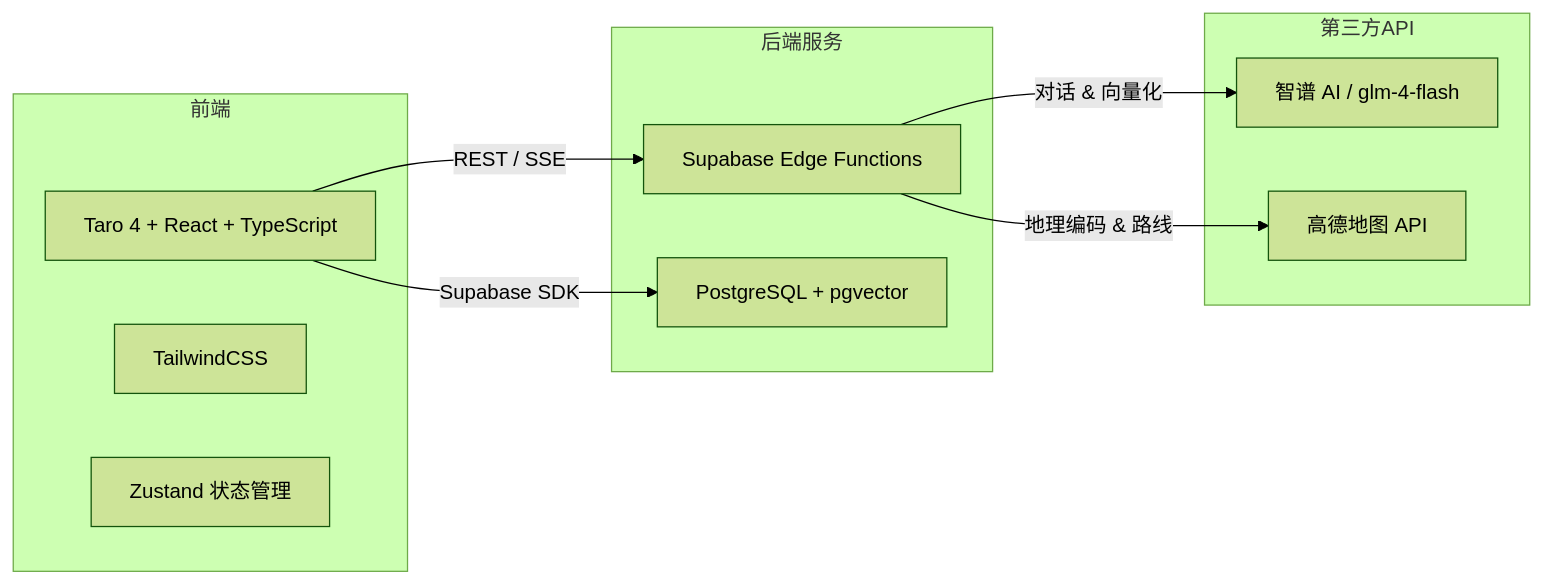
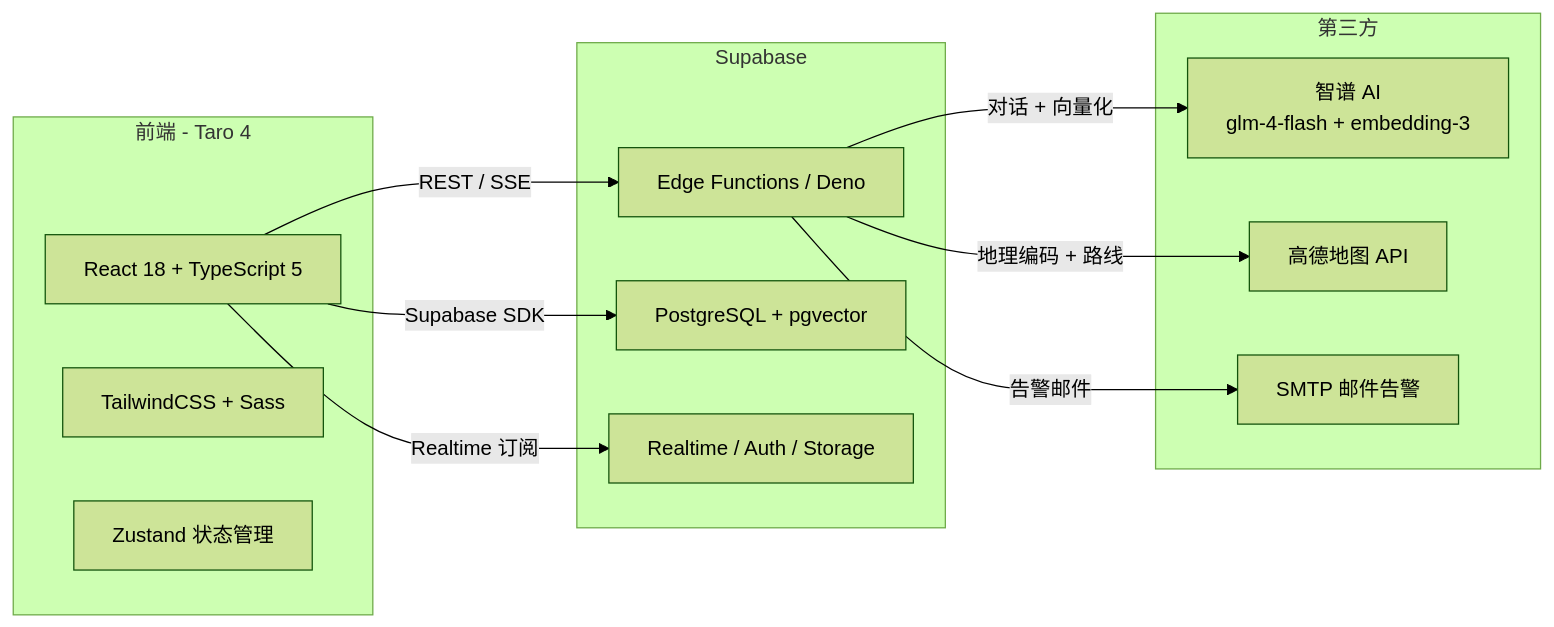
Before and after one commit to zhengzhicong98-source/-RAG-: the diagram in README.md, drawn with Mermaid (forest theme). The commit also changed other lines of this file and 1 other file, not shown here.

````diff
--- a/README.md
+++ b/README.md
@@ -17,23 +22,27 @@
 ```mermaid
 graph LR
-    subgraph 前端
-        A[Taro 4 + React + TypeScript]
-        B[TailwindCSS]
+    subgraph 前端[前端 - Taro 4]
+        A[React 18 + TypeScript 5]
+        B[TailwindCSS + Sass]
         C[Zustand 状态管理]
     end
 
-    subgraph 后端服务
-        D[Supabase Edge Functions]
+    subgraph 后端[Supabase]
+        D[Edge Functions / Deno]
         E[PostgreSQL + pgvector]
+        F[Realtime / Auth / Storage]
     end
 
-    subgraph 第三方API
-        F[智谱 AI / glm-4-flash]
-        G[高德地图 API]
+    subgraph 第三方
+        G[智谱 AI<br/>glm-4-flash + embedding-3]
+        H[高德地图 API]
+        I[SMTP 邮件告警]
     end
 
     A -->|REST / SSE| D
     A -->|Supabase SDK| E
-    D -->|对话 & 向量化| F
-    D -->|地理编码 & 路线| G
+    A -->|Realtime 订阅| F
+    D -->|对话 + 向量化| G
+    D -->|地理编码 + 路线| H
+    D -->|告警邮件| I
 ```
````
